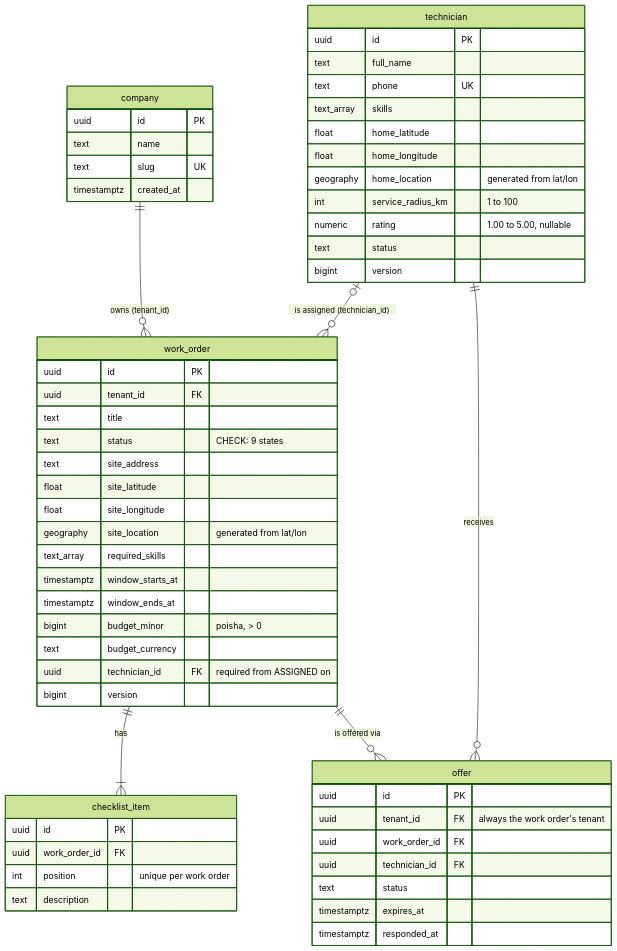
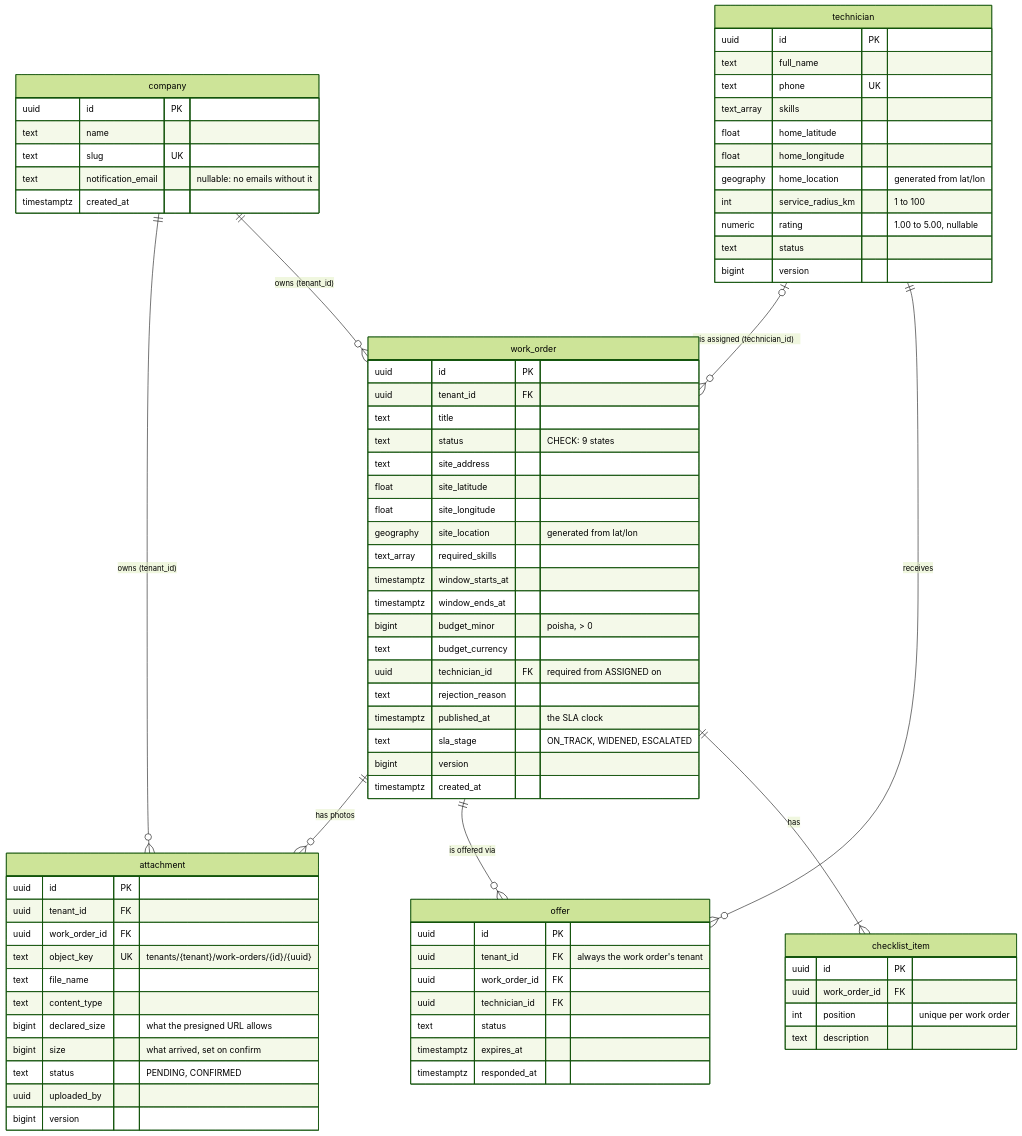
One commit to md-rashed-zaman/dispatch-platform changed the first of 2 diagrams in docs/diagrams/erd.md. Above: the diagram before and after it, drawn with Mermaid (forest theme). The commit also changed other lines of this file and 8 other files, not shown here.

First line of the commit message:
docs: Phase 2 wrap-up: events and topics diagram, ERD, ADRs 0008-0011, live demo

````diff
--- a/docs/diagrams/erd.md
+++ b/docs/diagrams/erd.md
@@ -5,60 +5,80 @@
 ```mermaid
 erDiagram
   company ||--o{ work_order : "owns (tenant_id)"
   work_order ||--|{ checklist_item : "has"
   work_order ||--o{ offer : "is offered via"
   technician ||--o{ offer : "receives"
   technician |o--o{ work_order : "is assigned (technician_id)"
+  work_order ||--o{ attachment : "has photos"
+  company ||--o{ attachment : "owns (tenant_id)"
 
   company {
     uuid id PK
     text name
     text slug UK
+    text notification_email "nullable: no emails without it"
     timestamptz created_at
   }
   technician {
     uuid id PK
     text full_name
     text phone UK
     text_array skills
     float home_latitude
     float home_longitude
     geography home_location "generated from lat/lon"
     int service_radius_km "1 to 100"
     numeric rating "1.00 to 5.00, nullable"
     text status
     bigint version
   }
   work_order {
     uuid id PK
     uuid tenant_id FK
     text title
     text status "CHECK: 9 states"
     text site_address
     float site_latitude
     float site_longitude
     geography site_location "generated from lat/lon"
     text_array required_skills
     timestamptz window_starts_at
     timestamptz window_ends_at
     bigint budget_minor "poisha, > 0"
     text budget_currency
     uuid technician_id FK "required from ASSIGNED on"
+    text rejection_reason
+    timestamptz published_at "the SLA clock"
+    text sla_stage "ON_TRACK, WIDENED, ESCALATED"
     bigint version
+    timestamptz created_at
   }
   checklist_item {
     uuid id PK
     uuid work_order_id FK
     int position "unique per work order"
     text description
   }
   offer {
     uuid id PK
     uuid tenant_id FK "always the work order's tenant"
     uuid work_order_id FK
     uuid technician_id FK
     text status
     timestamptz expires_at
     timestamptz responded_at
   }
+  attachment {
+    uuid id PK
+    uuid tenant_id FK
+    uuid work_order_id FK
+    text object_key UK "tenants/{tenant}/work-orders/{id}/{uuid}"
+    text file_name
+    text content_type
+    bigint declared_size "what the presigned URL allows"
+    bigint size "what arrived, set on confirm"
+    text status "PENDING, CONFIRMED"
+    uuid uploaded_by
+    bigint version
+  }
 ```
````
